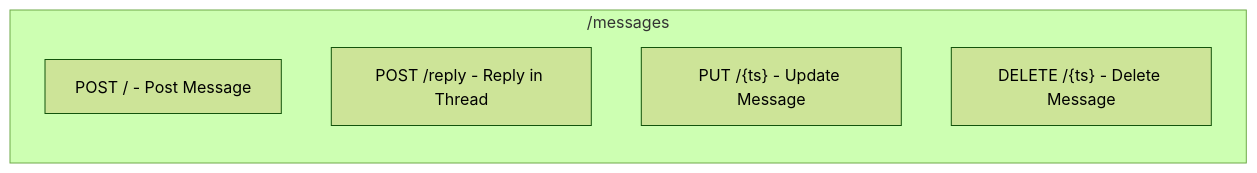
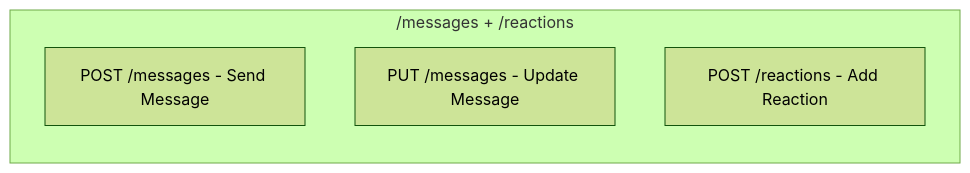
One commit to rom-orlovich/groote-ai changed the third of 9 diagrams in api-services/slack-api/docs/ARCHITECTURE.md. Above: the diagram before and after it, drawn with Mermaid (forest theme). The commit also changed other lines of this file and 99 other files, not shown here.

Commit message:
feat: Add comprehensive documentation for service features, architecture, and flows, and introduce a Claude skill for documentation synchronization.

````diff
--- a/api-services/slack-api/docs/ARCHITECTURE.md
+++ b/api-services/slack-api/docs/ARCHITECTURE.md
@@ -78,9 +78,8 @@
 ```mermaid
 graph LR
-    subgraph Messages["/messages"]
-        M1["POST / - Post Message"]
-        M2["POST /reply - Reply in Thread"]
-        M3["PUT /{ts} - Update Message"]
-        M4["DELETE /{ts} - Delete Message"]
+    subgraph Messages["/messages + /reactions"]
+        M1["POST /messages - Send Message"]
+        M2["PUT /messages - Update Message"]
+        M3["POST /reactions - Add Reaction"]
     end
 ```
````
